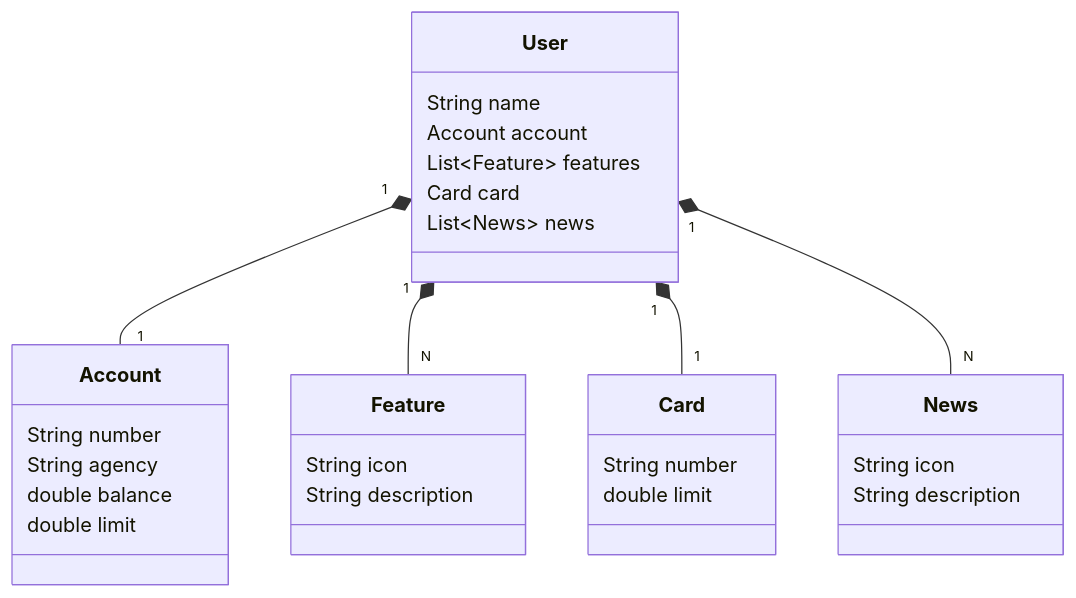
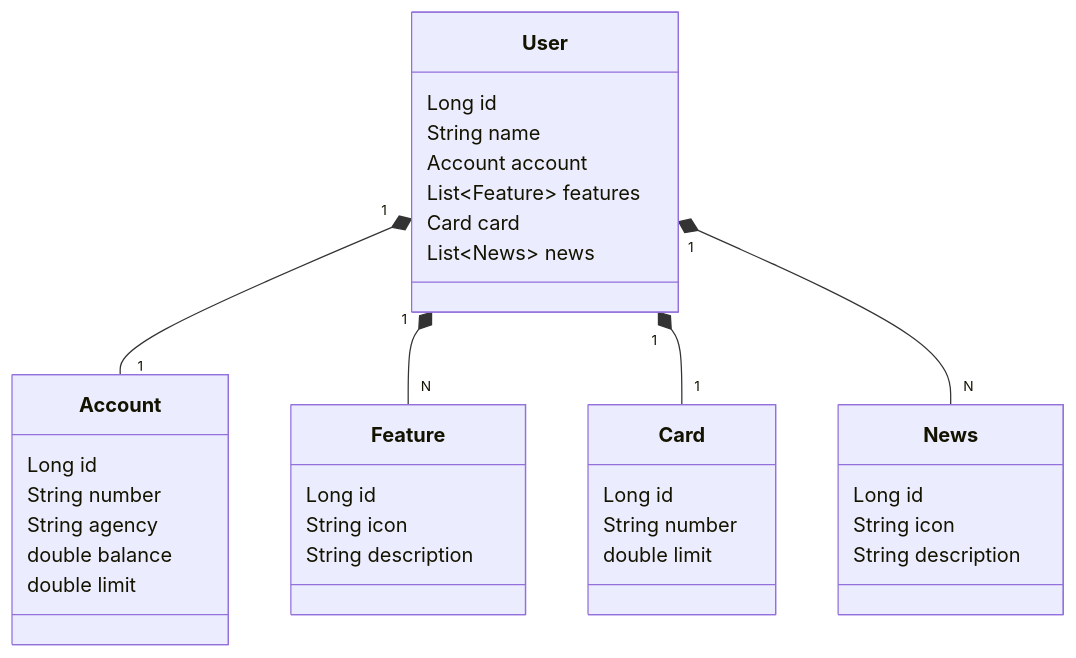
Before and after one commit to lgjor/santander-dev-week-2023: the diagram in README.md, drawn with Mermaid.

````diff
--- a/README.md
+++ b/README.md
@@ -7,38 +7,43 @@
 ``` mermaid
 classDiagram
     class User {
+        Long id
         String name
         Account account
         List~Feature~ features
         Card card
         List~News~ news
     }
 
     class Account {
+        Long id
         String number
         String agency
         double balance
         double limit
     }
 
     class Feature {
+        Long id
         String icon
         String description
     }
 
     class Card {
+        Long id
         String number
         double limit
     }
 
     class News {
+        Long id
         String icon
         String description
     }
 
     User "1" *-- "1" Account
     User "1" *-- "N" Feature
     User "1" *-- "1" Card
     User "1" *-- "N" News
 
 ```
````
